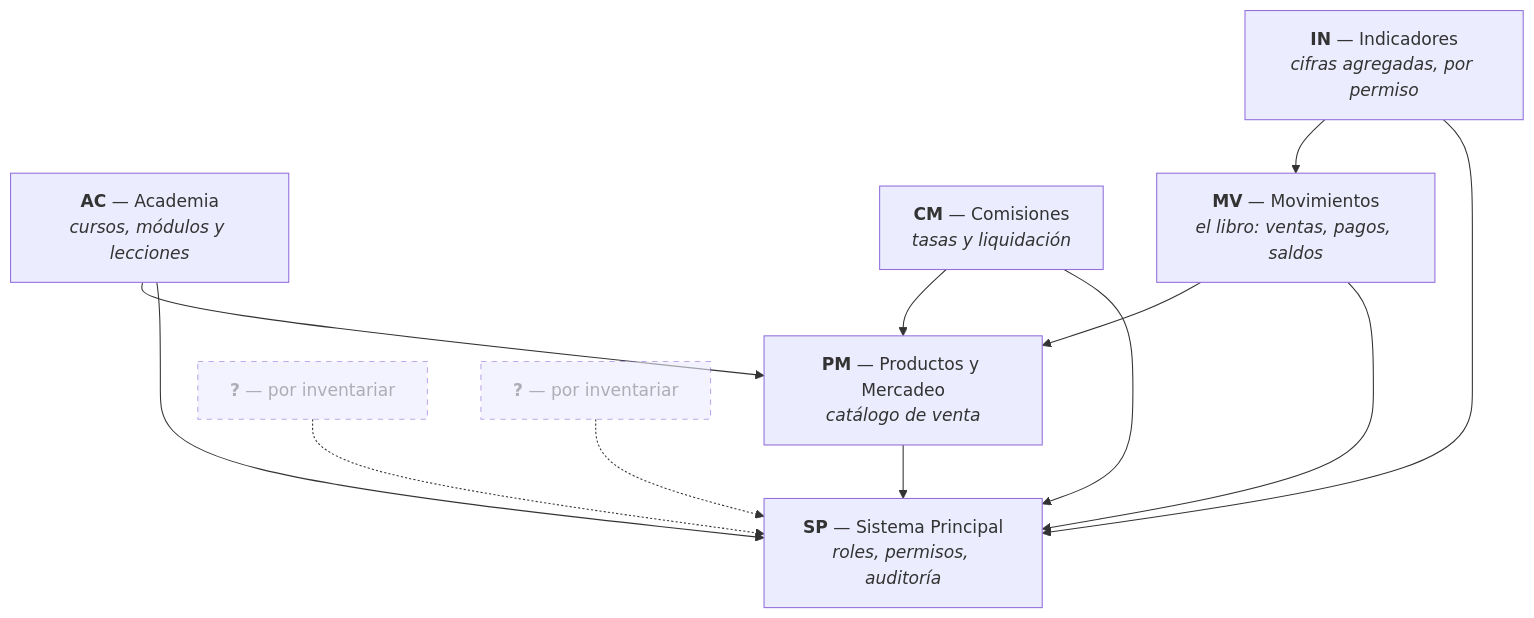
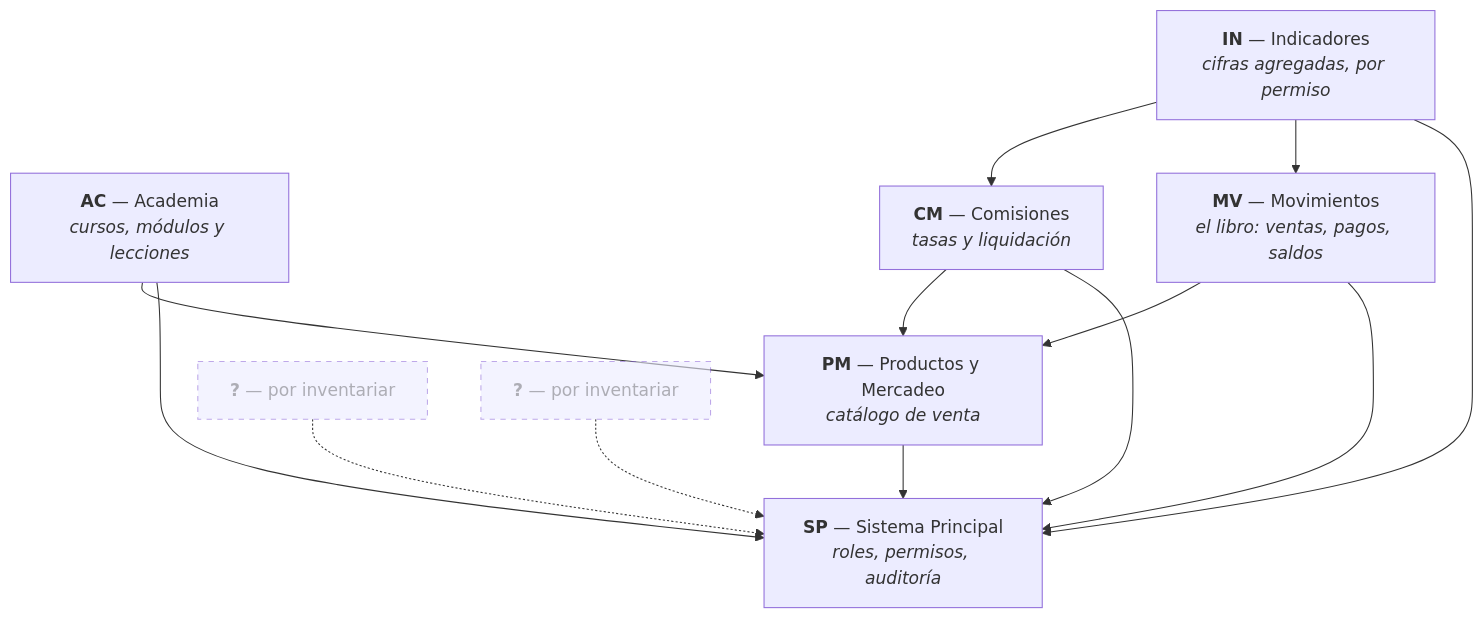
One commit to NexusPro-Dev/backend changed the diagram in docs/modules.md. Above: the diagram before and after it, drawn with Mermaid. The commit also changed other lines of this file and 6 other files, not shown here.

````diff
--- a/docs/modules.md
+++ b/docs/modules.md
@@ -73,26 +73,27 @@
 ```mermaid
 graph TD
     SP["<b>SP</b> — Sistema Principal<br/><i>roles, permisos, auditoría</i>"]
     PM["<b>PM</b> — Productos y Mercadeo<br/><i>catálogo de venta</i>"]
     AC["<b>AC</b> — Academia<br/><i>cursos, módulos y lecciones</i>"]
     CM["<b>CM</b> — Comisiones<br/><i>tasas y liquidación</i>"]
     MV["<b>MV</b> — Movimientos<br/><i>el libro: ventas, pagos, saldos</i>"]
     IN["<b>IN</b> — Indicadores<br/><i>cifras agregadas, por permiso</i>"]
 
     C1["<b>?</b> — por inventariar"]:::pend
     C2["<b>?</b> — por inventariar"]:::pend
 
     PM --> SP
     AC --> SP
     AC --> PM
     CM --> SP
     CM --> PM
     MV --> SP
     MV --> PM
     IN --> SP
     IN --> MV
+    IN --> CM
     C1 -.-> SP
     C2 -.-> SP
 
     classDef pend stroke-dasharray: 5 5,opacity:0.6
 ```
````
